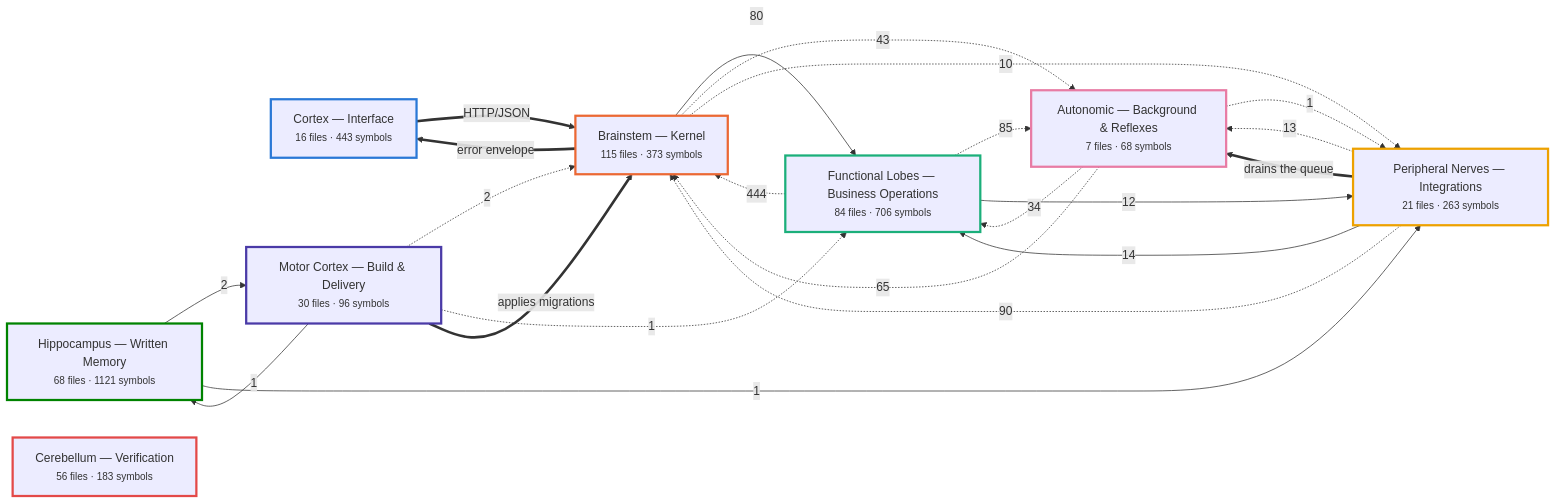
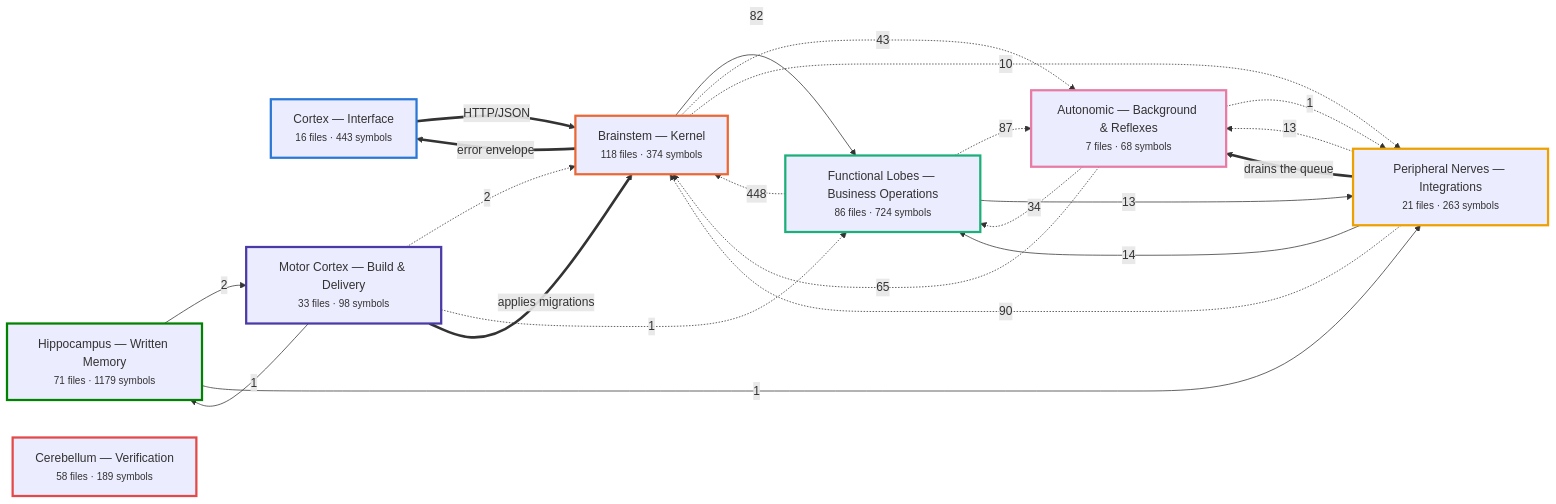
The first of 7 diagrams in docs/brain/BRAIN.md (Vishalnayak226/custom_erp), drawn with Mermaid before and after one commit. The commit also changed other lines of this file and 24 other files, not shown here.

````diff
--- a/docs/brain/BRAIN.md
+++ b/docs/brain/BRAIN.md
@@ -35,48 +35,48 @@
 ```mermaid
 flowchart LR
   n_cortex["Cortex — Interface<br/><small>16 files · 443 symbols</small>"]
-  n_brainstem["Brainstem — Kernel<br/><small>115 files · 373 symbols</small>"]
-  n_business["Functional Lobes — Business Operations<br/><small>84 files · 706 symbols</small>"]
+  n_brainstem["Brainstem — Kernel<br/><small>118 files · 374 symbols</small>"]
+  n_business["Functional Lobes — Business Operations<br/><small>86 files · 724 symbols</small>"]
   n_peripheral["Peripheral Nerves — Integrations<br/><small>21 files · 263 symbols</small>"]
   n_autonomic["Autonomic — Background & Reflexes<br/><small>7 files · 68 symbols</small>"]
-  n_memory["Hippocampus — Written Memory<br/><small>68 files · 1121 symbols</small>"]
-  n_motor["Motor Cortex — Build & Delivery<br/><small>30 files · 96 symbols</small>"]
-  n_verification["Cerebellum — Verification<br/><small>56 files · 183 symbols</small>"]
-  n_business -.->|444| n_brainstem
+  n_memory["Hippocampus — Written Memory<br/><small>71 files · 1179 symbols</small>"]
+  n_motor["Motor Cortex — Build & Delivery<br/><small>33 files · 98 symbols</small>"]
+  n_verification["Cerebellum — Verification<br/><small>58 files · 189 symbols</small>"]
+  n_business -.->|448| n_brainstem
   n_peripheral -.->|90| n_brainstem
-  n_business -.->|85| n_autonomic
-  n_brainstem -->|80| n_business
+  n_business -.->|87| n_autonomic
+  n_brainstem -->|82| n_business
   n_autonomic -.->|65| n_brainstem
   n_brainstem -.->|43| n_autonomic
   n_autonomic -.->|34| n_business
   n_peripheral -->|14| n_business
+  n_business -->|13| n_peripheral
   n_peripheral -.->|13| n_autonomic
-  n_business -->|12| n_peripheral
   n_brainstem -.->|10| n_peripheral
   n_motor -.->|2| n_brainstem
   n_memory -->|2| n_motor
   n_motor -.->|1| n_business
   n_memory -->|1| n_peripheral
+  n_autonomic -.->|1| n_peripheral
   n_motor -->|1| n_memory
-  n_autonomic -.->|1| n_peripheral
   n_brainstem ==>|error envelope| n_cortex
   n_cortex ==>|HTTP/JSON| n_brainstem
   n_motor ==>|applies migrations| n_brainstem
   n_peripheral ==>|drains the queue| n_autonomic
   classDef n_cortex stroke:#2a78d6,stroke-width:3px;
   class n_cortex n_cortex;
   classDef n_brainstem stroke:#eb6834,stroke-width:3px;
   class n_brainstem n_brainstem;
   classDef n_business stroke:#1baf7a,stroke-width:3px;
   class n_business n_business;
   classDef n_peripheral stroke:#eda100,stroke-width:3px;
   class n_peripheral n_peripheral;
   classDef n_autonomic stroke:#e87ba4,stroke-width:3px;
   class n_autonomic n_autonomic;
   classDef n_memory stroke:#008300,stroke-width:3px;
   class n_memory n_memory;
   classDef n_motor stroke:#4a3aa7,stroke-width:3px;
   class n_motor n_motor;
   classDef n_verification stroke:#e34948,stroke-width:3px;
   class n_verification n_verification;
 ```
````
